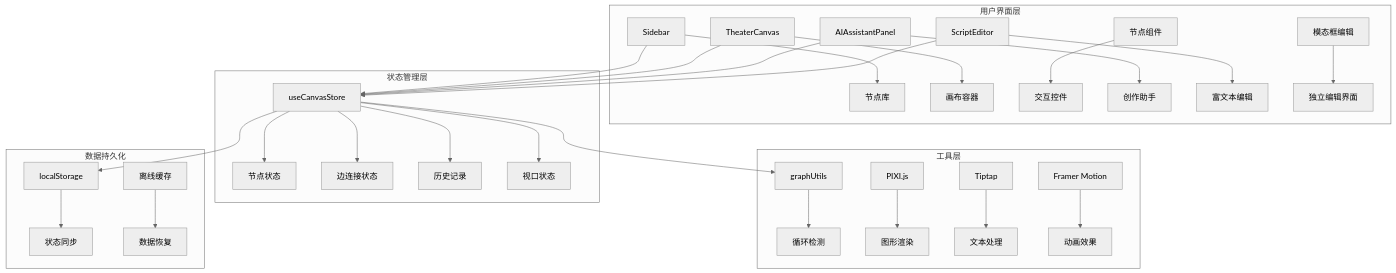
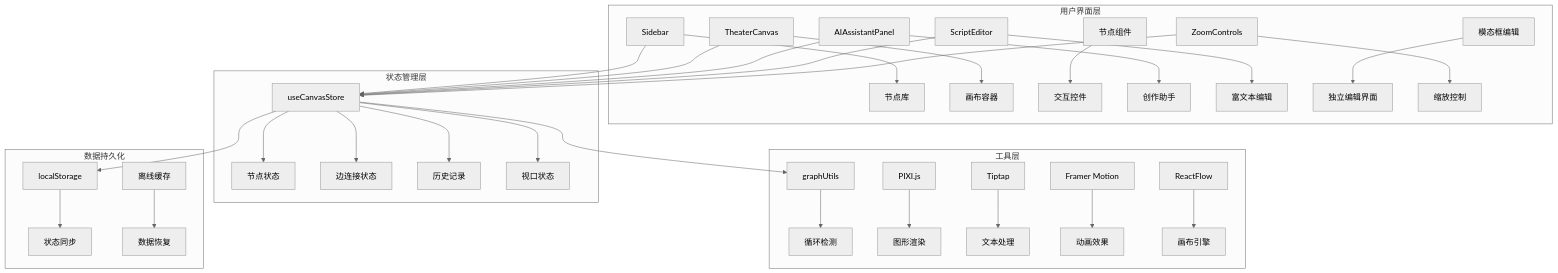
Before and after one commit to KunLabAI/KunFlix: the second of 13 diagrams in .qoder/repowiki/zh/content/系统架构/前端架构/画布故事编辑器.md, drawn with Mermaid (neutral theme). The commit also changed other lines of this file and 14 other files, not shown here.

````diff
--- a/.qoder/repowiki/zh/content/系统架构/前端架构/画布故事编辑器.md
+++ b/.qoder/repowiki/zh/content/系统架构/前端架构/画布故事编辑器.md
@@ -125,33 +134,36 @@
 ```mermaid
 graph TB
 subgraph "用户界面层"
 A[Sidebar] --> B[节点库]
 C[TheaterCanvas] --> D[画布容器]
 E[节点组件] --> F[交互控件]
 G[AIAssistantPanel] --> H[创作助手]
 I[ScriptEditor] --> J[富文本编辑]
 K[模态框编辑] --> L[独立编辑界面]
+M[ZoomControls] --> N[缩放控制]
 end
 subgraph "状态管理层"
-M[useCanvasStore] --> N[节点状态]
-M --> O[边连接状态]
-M --> P[历史记录]
-M --> Q[视口状态]
+O[useCanvasStore] --> P[节点状态]
+O --> Q[边连接状态]
+O --> R[历史记录]
+O --> S[视口状态]
 end
 subgraph "工具层"
-R[graphUtils] --> S[循环检测]
-T[PIXI.js] --> U[图形渲染]
-V[Tiptap] --> W[文本处理]
-X[Framer Motion] --> Y[动画效果]
+T[graphUtils] --> U[循环检测]
+V[PIXI.js] --> W[图形渲染]
+X[Tiptap] --> Y[文本处理]
+Z[Framer Motion] --> AA[动画效果]
+BB[ReactFlow] --> CC[画布引擎]
 end
 subgraph "数据持久化"
-Z[localStorage] --> AA[状态同步]
-AB[离线缓存] --> AC[数据恢复]
+DD[localStorage] --> EE[状态同步]
+FF[离线缓存] --> GG[数据恢复]
 end
-A --> M
-C --> M
-M --> Z
-M --> R
-G --> M
-I --> M
+A --> O
+C --> O
+O --> DD
+O --> T
+G --> O
+I --> O
+M --> O
 ```
````
